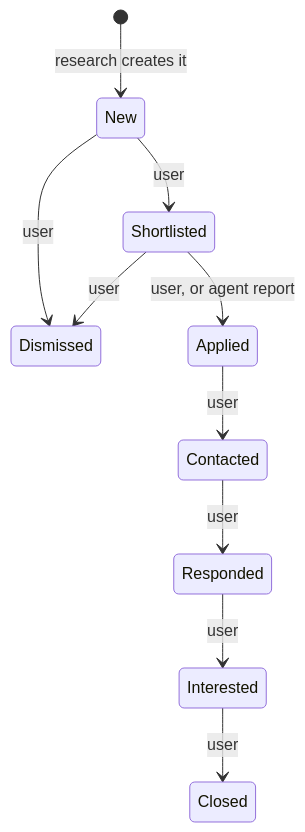
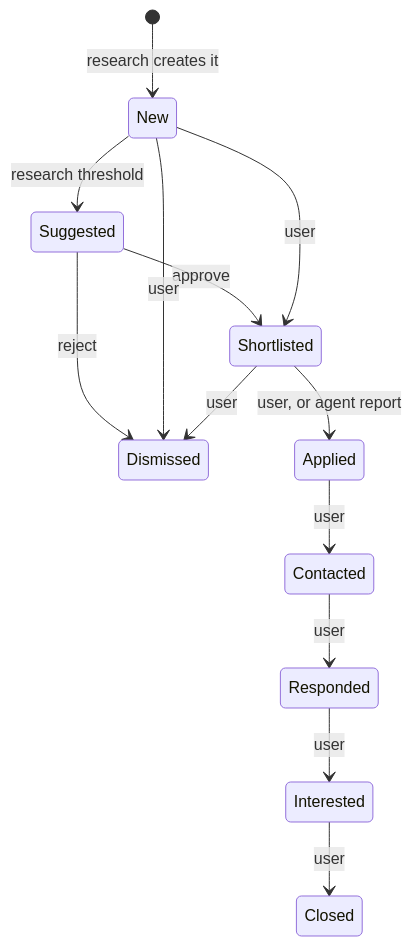
Before and after one commit to shr1-live/OpportunityPilotWebApi: the first of 2 diagrams in docs/opportunity-lifecycle.md, drawn with Mermaid. The commit also changed other lines of this file and 16 other files, not shown here.

````diff
--- a/docs/opportunity-lifecycle.md
+++ b/docs/opportunity-lifecycle.md
@@ -12,12 +12,15 @@
 ```mermaid
 stateDiagram-v2
     [*] --> New: research creates it
+    New --> Suggested: research threshold
+    Suggested --> Shortlisted: approve
+    Suggested --> Dismissed: reject
     New --> Shortlisted: user
     New --> Dismissed: user
     Shortlisted --> Applied: user, or agent report
     Shortlisted --> Dismissed: user
     Applied --> Contacted: user
     Contacted --> Responded: user
     Responded --> Interested: user
     Interested --> Closed: user
 ```
````
